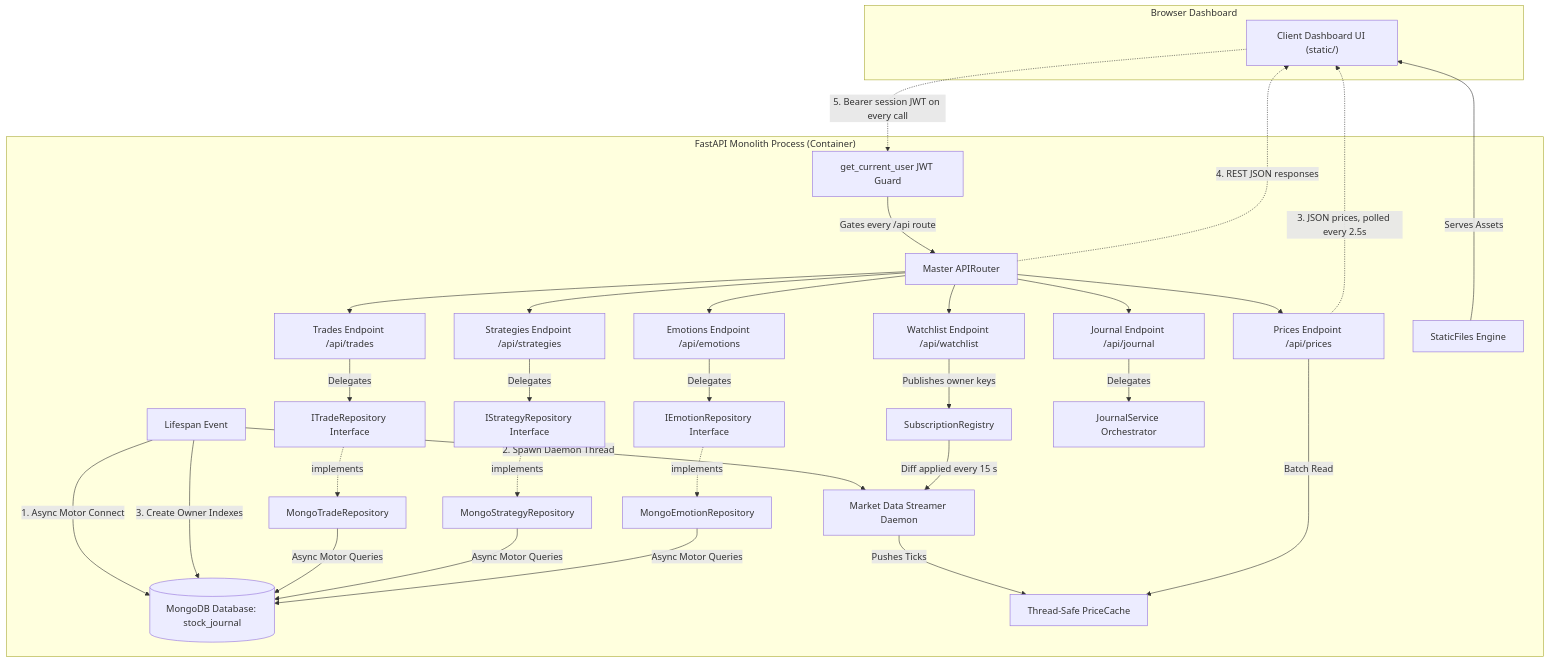
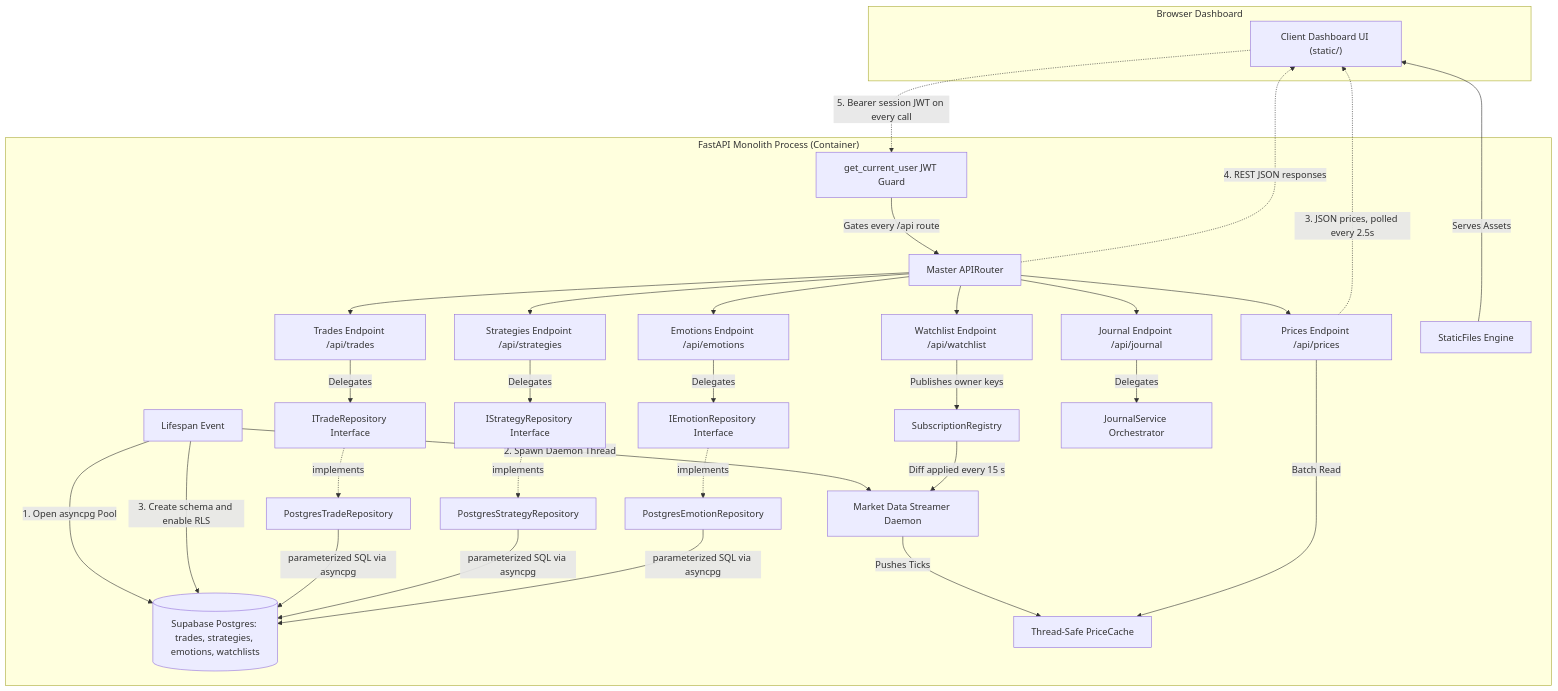
One commit to rachit-suresh/stock-journal changed the first of 7 diagrams in docs/architecture.md. Above: the diagram before and after it, drawn with Mermaid. The commit also changed other lines of this file and 5 other files, not shown here.

First line of the commit message:
docs: bring the v1.5 architecture, knowledge map, deployment guide and decision log up to date

````diff
--- a/docs/architecture.md
+++ b/docs/architecture.md
@@ -13,48 +13,48 @@
 ```mermaid
 graph TD
     subgraph Browser["Browser Dashboard"]
         S["Client Dashboard UI (static/)"]
     end
 
     subgraph Monolith["FastAPI Monolith Process (Container)"]
-        A["Lifespan Event"] -->|"1. Async Motor Connect"| B[("MongoDB Database: stock_journal")]
+        A["Lifespan Event"] -->|"1. Open asyncpg Pool"| B[("Supabase Postgres: trades, strategies, emotions, watchlists")]
         A -->|"2. Spawn Daemon Thread"| C["Market Data Streamer Daemon"]
-        A -->|"3. Create Owner Indexes"| B
+        A -->|"3. Create schema and enable RLS"| B
 
         C -->|"Pushes Ticks"| D["Thread-Safe PriceCache"]
 
         Z["get_current_user JWT Guard"] -->|"Gates every /api route"| E
         E["Master APIRouter"] --> F["Prices Endpoint /api/prices"]
         E --> G["Trades Endpoint /api/trades"]
         E --> H["Strategies Endpoint /api/strategies"]
         E --> I["Emotions Endpoint /api/emotions"]
         E --> J["Journal Endpoint /api/journal"]
         E --> W["Watchlist Endpoint /api/watchlist"]
 
         W -->|"Publishes owner keys"| Y["SubscriptionRegistry"]
         Y -->|"Diff applied every 15 s"| C
 
         F -->|"Batch Read"| D
         G -->|"Delegates"| K["ITradeRepository Interface"]
         H -->|"Delegates"| L["IStrategyRepository Interface"]
         I -->|"Delegates"| M["IEmotionRepository Interface"]
         J -->|"Delegates"| N["JournalService Orchestrator"]
 
-        K -.->|"implements"| O["MongoTradeRepository"]
-        L -.->|"implements"| P["MongoStrategyRepository"]
-        M -.->|"implements"| Q["MongoEmotionRepository"]
+        K -.->|"implements"| O["PostgresTradeRepository"]
+        L -.->|"implements"| P["PostgresStrategyRepository"]
+        M -.->|"implements"| Q["PostgresEmotionRepository"]
 
-        O -->|"Async Motor Queries"| B
-        P -->|"Async Motor Queries"| B
-        Q -->|"Async Motor Queries"| B
+        O -->|"parameterized SQL via asyncpg"| B
+        P -->|"parameterized SQL via asyncpg"| B
+        Q -->|"parameterized SQL via asyncpg"| B
 
         %% Invisible link: keeps StaticFiles inside the process frame while its
         %% only visible edge points out to the browser.
         E ~~~ R
         R["StaticFiles Engine"] -->|"Serves Assets"| S
     end
 
     F -.->|"3. JSON prices, polled every 2.5s"| S
     E -.->|"4. REST JSON responses"| S
     S -.->|"5. Bearer session JWT on every call"| Z
 ```
````
